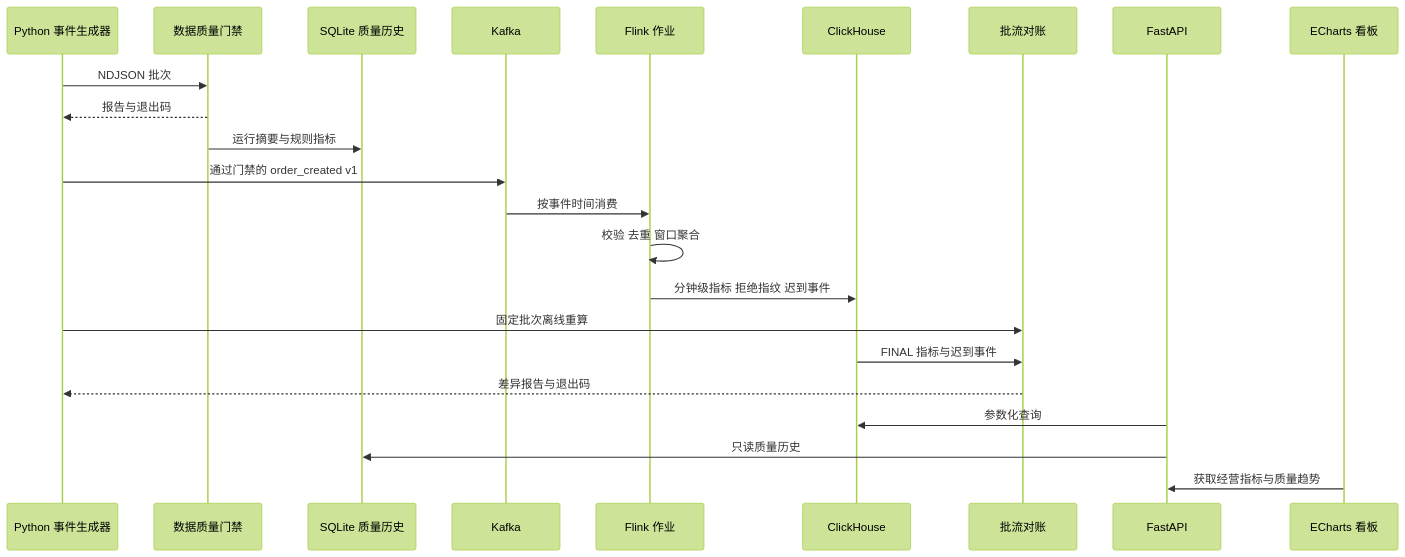
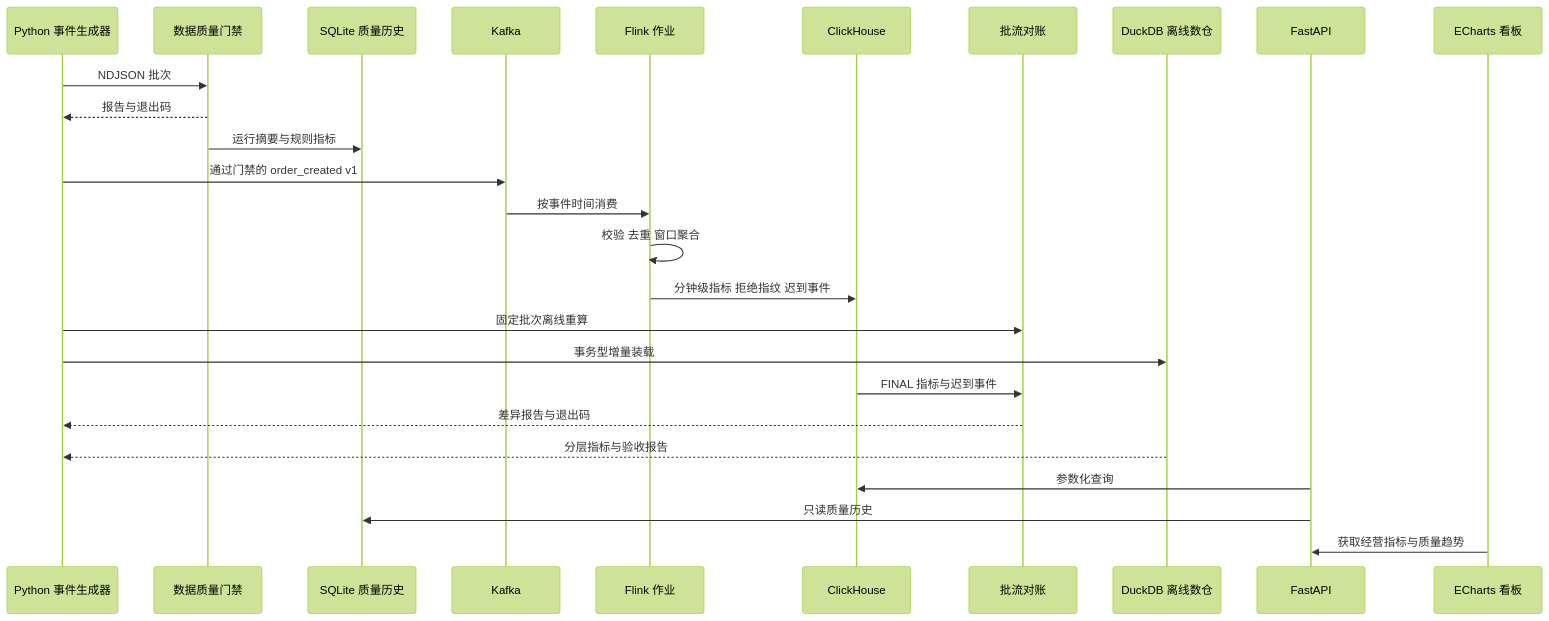
Before and after one commit to ZliY221/Real-time-data-warehouse-and-business-analysis-platform-for-e-commerce: the diagram in docs/architecture.md, drawn with Mermaid (forest theme). The commit also changed other lines of this file and 15 other files, not shown here.

````diff
--- a/docs/architecture.md
+++ b/docs/architecture.md
@@ -9,26 +9,29 @@
 ```mermaid
 sequenceDiagram
     participant Generator as Python 事件生成器
     participant Quality as 数据质量门禁
     participant History as SQLite 质量历史
     participant Kafka as Kafka
     participant Flink as Flink 作业
     participant Store as ClickHouse
     participant Reconcile as 批流对账
+    participant Warehouse as DuckDB 离线数仓
     participant API as FastAPI
     participant Dashboard as ECharts 看板
 
     Generator->>Quality: NDJSON 批次
     Quality-->>Generator: 报告与退出码
     Quality->>History: 运行摘要与规则指标
     Generator->>Kafka: 通过门禁的 order_created v1
     Kafka->>Flink: 按事件时间消费
     Flink->>Flink: 校验 去重 窗口聚合
     Flink->>Store: 分钟级指标 拒绝指纹 迟到事件
     Generator->>Reconcile: 固定批次离线重算
+    Generator->>Warehouse: 事务型增量装载
     Store->>Reconcile: FINAL 指标与迟到事件
     Reconcile-->>Generator: 差异报告与退出码
+    Warehouse-->>Generator: 分层指标与验收报告
     API->>Store: 参数化查询
     API->>History: 只读质量历史
     Dashboard->>API: 获取经营指标与质量趋势
 ```
````
